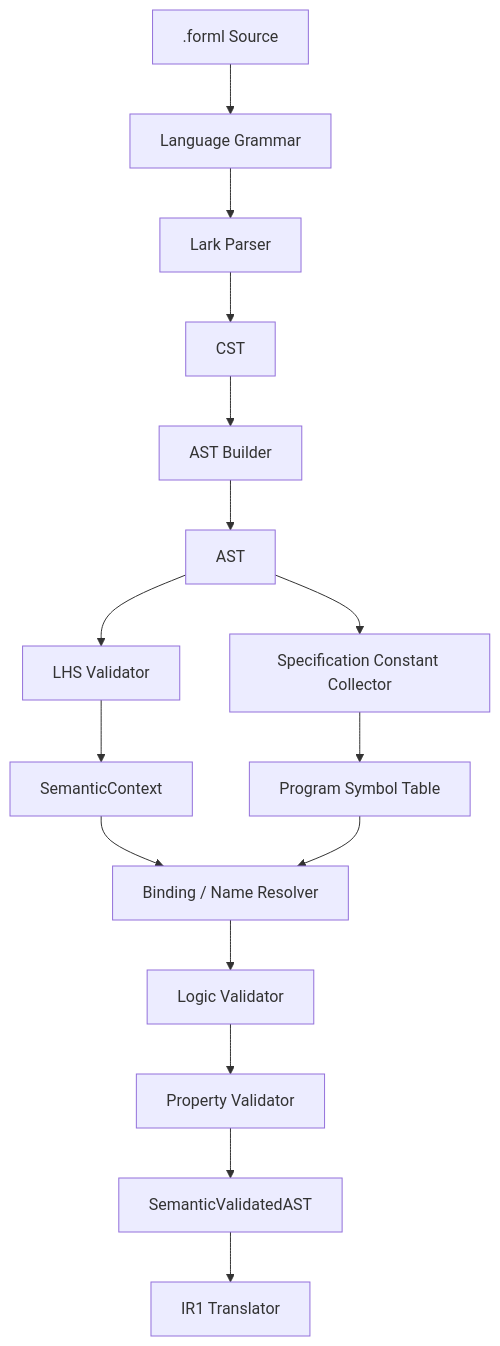
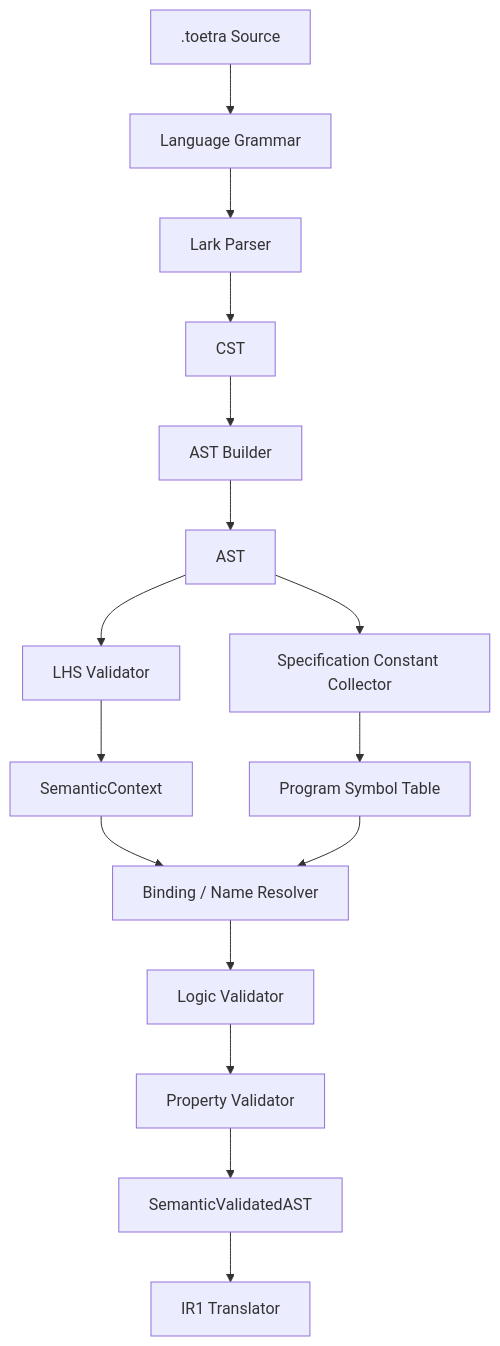
Before and after one commit to KintanaOne/Toetra: the diagram in docs/architecture/c4-component-compiler.md, drawn with Mermaid. The commit also changed other lines of this file and 218 other files, not shown here.

````diff
--- a/docs/architecture/c4-component-compiler.md
+++ b/docs/architecture/c4-component-compiler.md
@@ -22,47 +22,47 @@
 ```mermaid
 flowchart TD
-    Source[.forml Source]
+    Source[.toetra Source]
         --> Grammar[Language Grammar]
 
     Grammar
         --> Parser[Lark Parser]
 
     Parser
         --> CST[CST]
 
     CST
         --> Builder[AST Builder]
 
     Builder
         --> AST[AST]
 
     AST
         --> Constants[Specification Constant Collector]
 
     Constants
         --> ProgramSymbols[Program Symbol Table]
 
     AST
         --> LHS[LHS Validator]
 
     LHS
         --> Context[SemanticContext]
 
     Context
         --> Binding[Binding / Name Resolver]
 
     ProgramSymbols
         --> Binding
 
     Binding
         --> Logic[Logic Validator]
 
     Logic
         --> Property[Property Validator]
 
     Property
         --> SemanticAST[SemanticValidatedAST]
 
     SemanticAST
         --> IR1[IR1 Translator]
 ```
````
